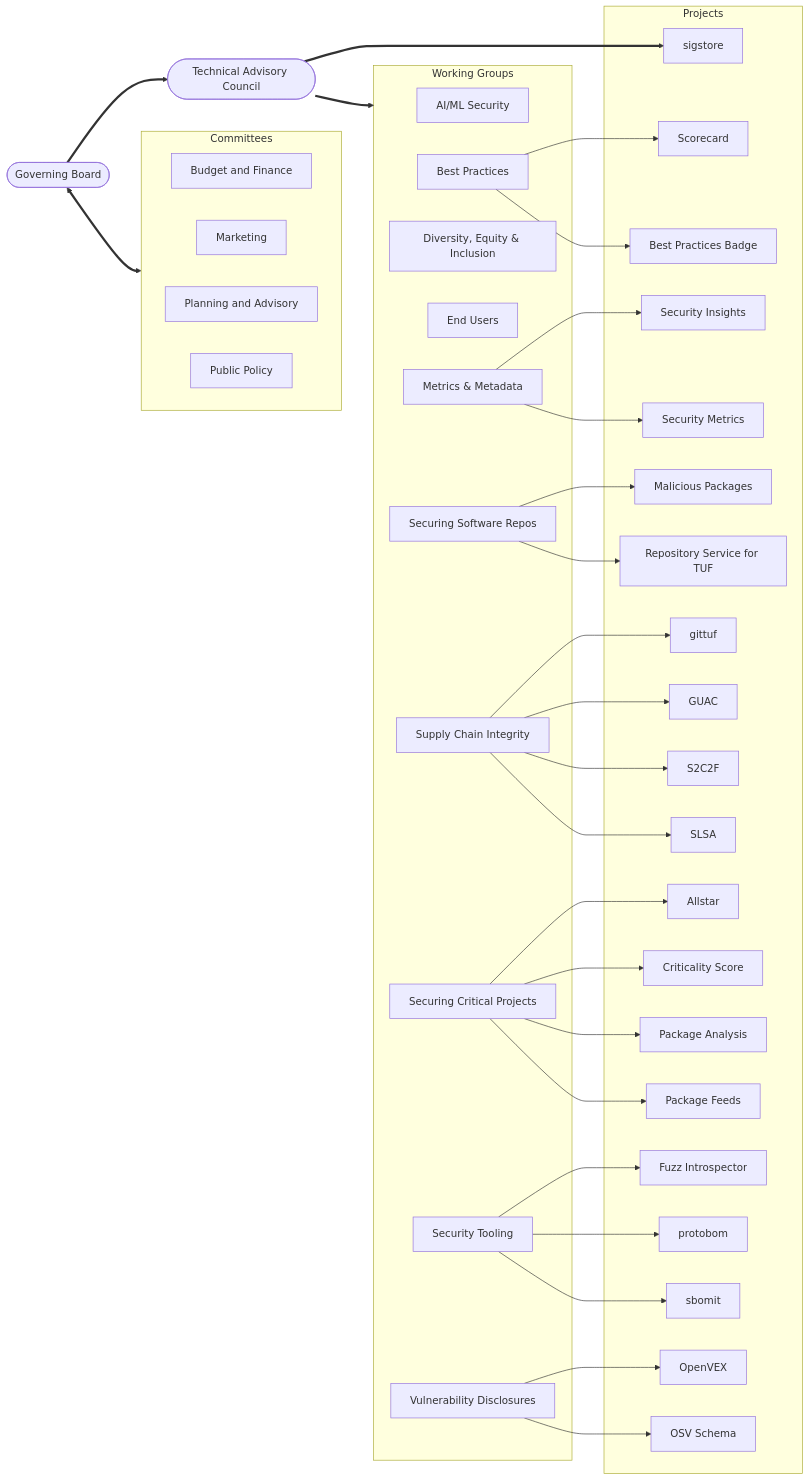
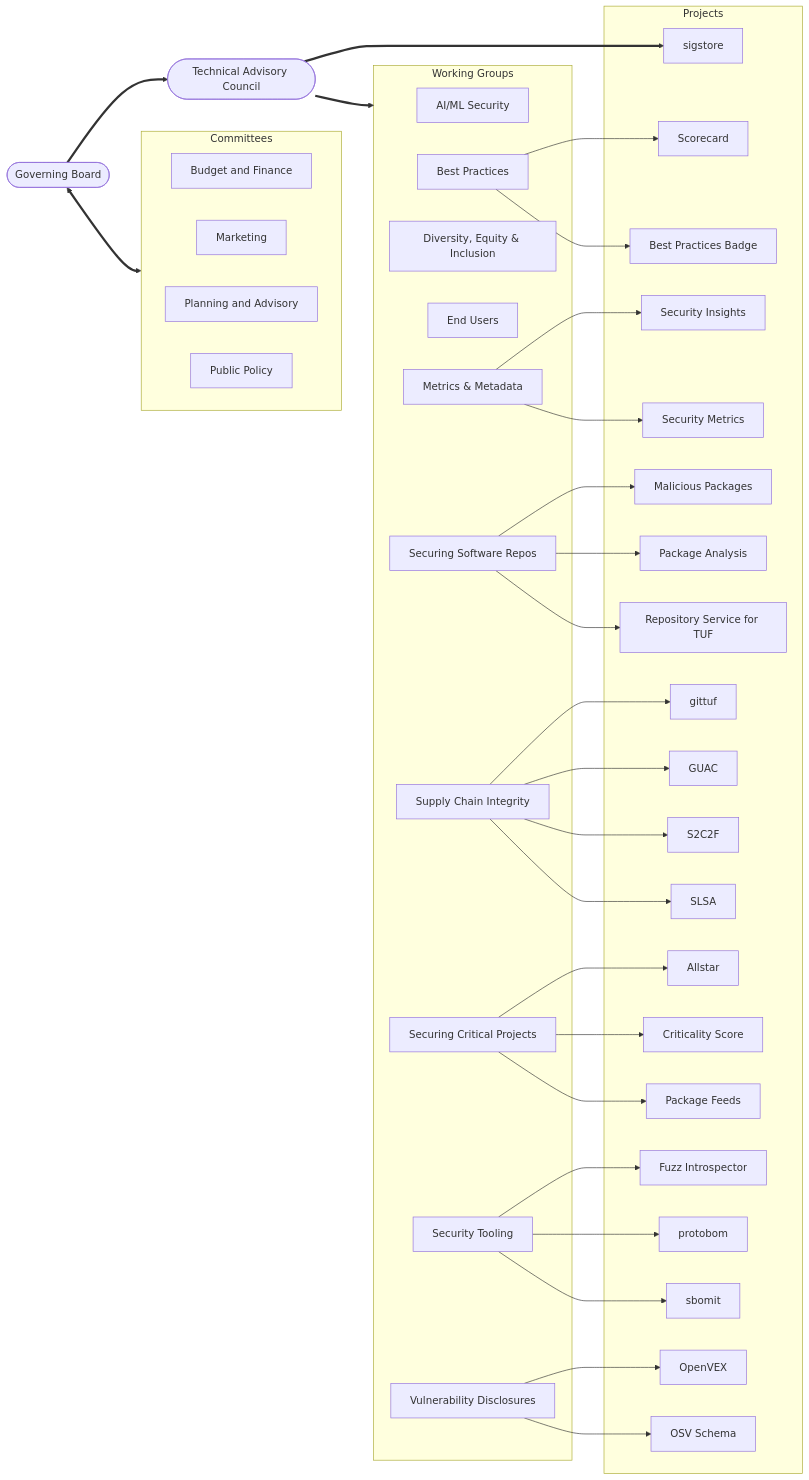
The diagram in organizational-structure-overview.md (ossf/tac), drawn with Mermaid before and after one commit. The commit also changed 1 other file, not shown here.

Commit message:
Move Package Analysis under Securing Software Repositories WG

````diff
--- a/organizational-structure-overview.md
+++ b/organizational-structure-overview.md
@@ -51,73 +51,73 @@
 ```mermaid
 flowchart LR
     GB([Governing Board])
 
     subgraph subC[Committees]
         direction LR
         Budget[Budget and Finance]
         Market[Marketing]
         Plan[Planning and Advisory]
         Policy[Public Policy]
     end
     GB <==> subC
     GB ==> TAC([Technical Advisory Council])
 
     subgraph WG[Working Groups]
         AI[AI/ML Security]
         BP[Best Practices]
         DEI[Diversity, Equity & Inclusion]
         EU[End Users]
         MM[Metrics & Metadata]
         REP[Securing Software Repos]
         SCI[Supply Chain Integrity]
         SCP[Securing Critical Projects]
         ST[Security Tooling]
         VD[Vulnerability Disclosures]
     end
 
     subgraph projects[Projects]
        Scorecard[Scorecard]
        BPB[Best Practices Badge]
        SI[Security Insights]
        SM[Security Metrics]
        MP[Malicious Packages]
+       PA[Package Analysis]
        Rstuf[Repository Service for TUF]
        Gittuf[gittuf]
        GUAC[GUAC]
        SLSA[SLSA]
        S2C2F
        Allstar[Allstar]
        Sigstore[sigstore]
        CS[Criticality Score]
-       PA[Package Analysis]
        PF[Package Feeds]
        FI[Fuzz Introspector]
        Protobom[protobom]
        Sbomit[sbomit]
        OpenVEX[OpenVEX]
        OSV[OSV Schema]
     end
 
     TAC ==> WG
     TAC ==> Sigstore
 
     BP --> Scorecard
     BP --> BPB
     MM --> SI
     MM --> SM
     REP --> MP
+    REP --> PA
     REP --> Rstuf
     SCI --> Gittuf
     SCI --> GUAC
     SCI --> S2C2F
     SCI --> SLSA
     SCP --> Allstar
     SCP --> CS
-    SCP --> PA
     SCP --> PF
     ST --> FI
     ST --> Protobom
     ST --> Sbomit
     VD --> OpenVEX
     VD --> OSV
 ```
````
